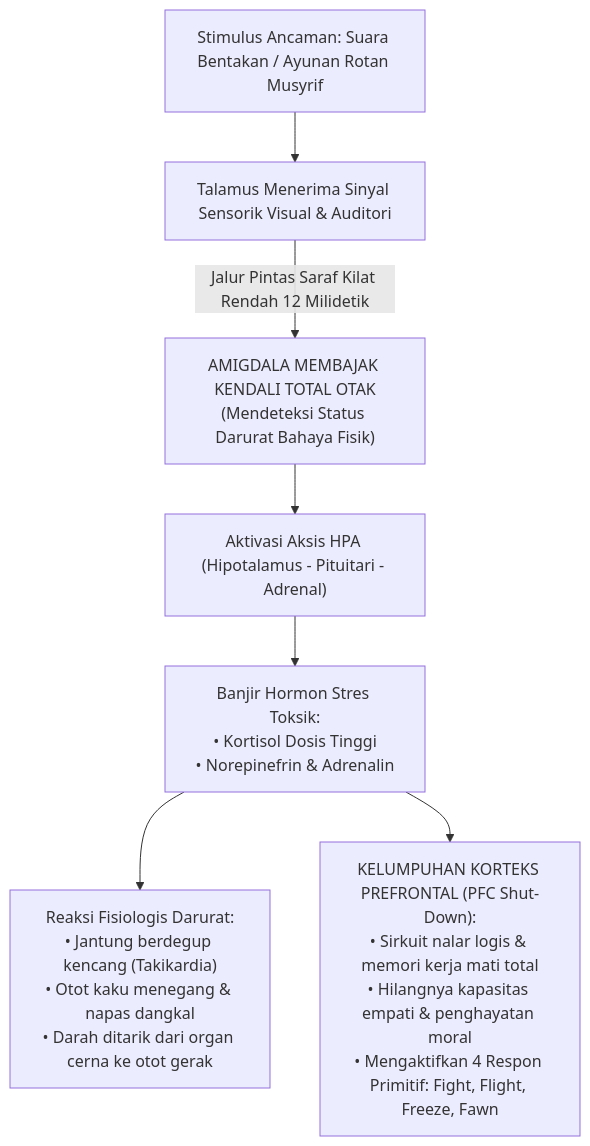
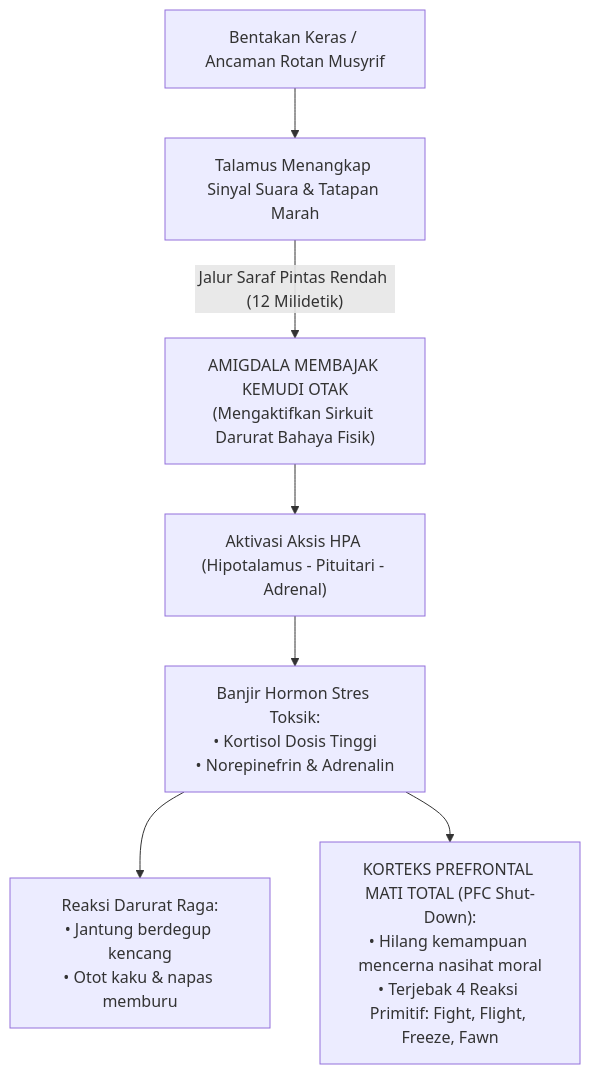
Before and after one commit to wandiapriliyandi/tumbuh: the third of 5 diagrams in BOOK-SERIES/Volume-01/Bab-01-Krisis-Karakter-dan-Urgensi-Rekonstruksi/03-Dampak-Neurobiologis-Trauma-dan-Kelumpuhan-PFC.md, drawn with Mermaid. The commit also changed other lines of this file and 1 other file, not shown here.

````diff
--- a/BOOK-SERIES/Volume-01/Bab-01-Krisis-Karakter-dan-Urgensi-Rekonstruksi/03-Dampak-Neurobiologis-Trauma-dan-Kelumpuhan-PFC.md
+++ b/BOOK-SERIES/Volume-01/Bab-01-Krisis-Karakter-dan-Urgensi-Rekonstruksi/03-Dampak-Neurobiologis-Trauma-dan-Kelumpuhan-PFC.md
@@ -69,13 +78,13 @@
 ```mermaid
 graph TD
-    Bentakan["Stimulus Ancaman: Suara Bentakan / Ayunan Rotan Musyrif"] --> Talamus["Talamus Menerima Sinyal Sensorik Visual & Auditori"]
+    Bentakan["Bentakan Keras / Ancaman Rotan Musyrif"] --> Talamus["Talamus Menangkap Sinyal Suara & Tatapan Marah"]
     
-    Talamus -->|"Jalur Pintas Saraf Kilat Rendah 12 Milidetik"| Amigdala["AMIGDALA MEMBAJAK KENDALI TOTAL OTAK<br/>(Mendeteksi Status Darurat Bahaya Fisik)"]
+    Talamus -->|"Jalur Saraf Pintas Rendah (12 Milidetik)"| Amigdala["AMIGDALA MEMBAJAK KEMUDI OTAK<br/>(Mengaktifkan Sirkuit Darurat Bahaya Fisik)"]
     
     Amigdala --> AksisHPA["Aktivasi Aksis HPA (Hipotalamus - Pituitari - Adrenal)"]
     AksisHPA --> Hormon["Banjir Hormon Stres Toksik:<br/>• Kortisol Dosis Tinggi<br/>• Norepinefrin & Adrenalin"]
     
-    Hormon --> SirkuitFisik["Reaksi Fisiologis Darurat:<br/>• Jantung berdegup kencang (Takikardia)<br/>• Otot kaku menegang & napas dangkal<br/>• Darah ditarik dari organ cerna ke otot gerak"]
+    Hormon --> SirkuitFisik["Reaksi Darurat Raga:<br/>• Jantung berdegup kencang<br/>• Otot kaku & napas memburu"]
     
-    Hormon --> LumpuhPFC["KELUMPUHAN KORTEKS PREFRONTAL (PFC Shut-Down):<br/>• Sirkuit nalar logis & memori kerja mati total<br/>• Hilangnya kapasitas empati & penghayatan moral<br/>• Mengaktifkan 4 Respon Primitif: Fight, Flight, Freeze, Fawn"]
+    Hormon --> LumpuhPFC["KORTEKS PREFRONTAL MATI TOTAL (PFC Shut-Down):<br/>• Hilang kemampuan mencerna nasihat moral<br/>• Terjebak 4 Reaksi Primitif: Fight, Flight, Freeze, Fawn"]
 ```
````
